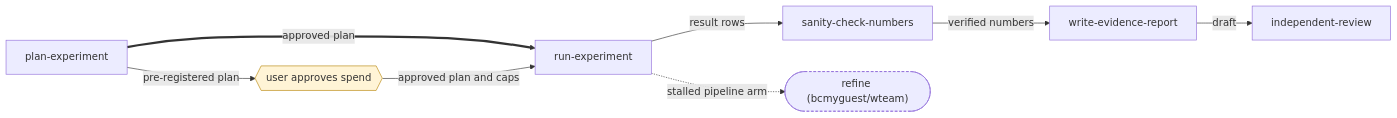
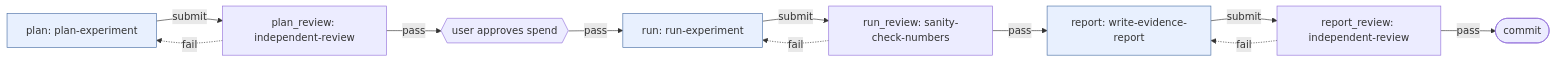
The second of 7 diagrams in CHAINS.md (bcmyguest/personal-skills), drawn with Mermaid before and after one commit. The commit also changed other lines of this file and 23 other files, not shown here.

````diff
--- a/CHAINS.md
+++ b/CHAINS.md
@@ -102,21 +42,23 @@
 ```mermaid
 flowchart LR
-  sanity_check_numbers["sanity-check-numbers"]
-  write_evidence_report["write-evidence-report"]
-  plan_experiment["plan-experiment"]
+  plan["plan: plan-experiment"]
+  plan_review["plan_review: independent-review"]
   spend_approval{{"user approves spend"}}
-  run_experiment["run-experiment"]
-  refine(["refine (bcmyguest/wteam)"])
-  independent_review["independent-review"]
-  sanity_check_numbers -->|"verified numbers"| write_evidence_report
-  plan_experiment -->|"pre-registered plan"| spend_approval
-  plan_experiment ==>|"approved plan"| run_experiment
-  spend_approval -->|"approved plan and caps"| run_experiment
-  run_experiment -->|"result rows"| sanity_check_numbers
-  run_experiment -.->|"stalled pipeline arm"| refine
-  write_evidence_report -->|"draft"| independent_review
-  classDef external stroke-dasharray: 4 3
-  classDef action fill:#fff4d6,stroke:#b8860b
-  class refine external
-  class spend_approval action
+  run["run: run-experiment"]
+  run_review["run_review: sanity-check-numbers"]
+  report["report: write-evidence-report"]
+  report_review["report_review: independent-review"]
+  done(["commit"])
+  plan -->|submit| plan_review
+  plan_review -->|pass| spend_approval
+  spend_approval -->|pass| run
+  run -->|submit| run_review
+  run_review -->|pass| report
+  report -->|submit| report_review
+  report_review -->|pass| done
+  plan_review -.->|fail| plan
+  run_review -.->|fail| run
+  report_review -.->|fail| report
+  classDef step fill:#e8f0fe,stroke:#4a6fa5
+  class plan,run,report step
 ```
````
